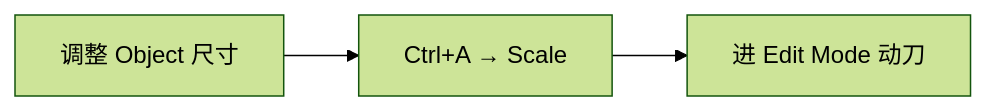
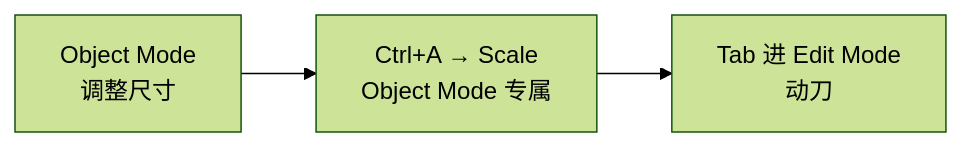
Before and after one commit to liuchamp/blenderdsv1: the fourth of 4 diagrams in Blender笔记/00-基础/03-变换系统-G-R-S.md, drawn with Mermaid (forest theme). The commit also changed other lines of this file and 4 other files, not shown here.

````diff
--- a/Blender笔记/00-基础/03-变换系统-G-R-S.md
+++ b/Blender笔记/00-基础/03-变换系统-G-R-S.md
@@ -102,4 +127,4 @@
 ```mermaid
 flowchart LR
-    A["调整 Object 尺寸"] --> B["Ctrl+A → Scale"] --> C["进 Edit Mode 动刀"]
+    A["Object Mode<br/>调整尺寸"] --> B["Ctrl+A → Scale<br/>Object Mode 专属"] --> C["Tab 进 Edit Mode<br/>动刀"]
 ```
````
